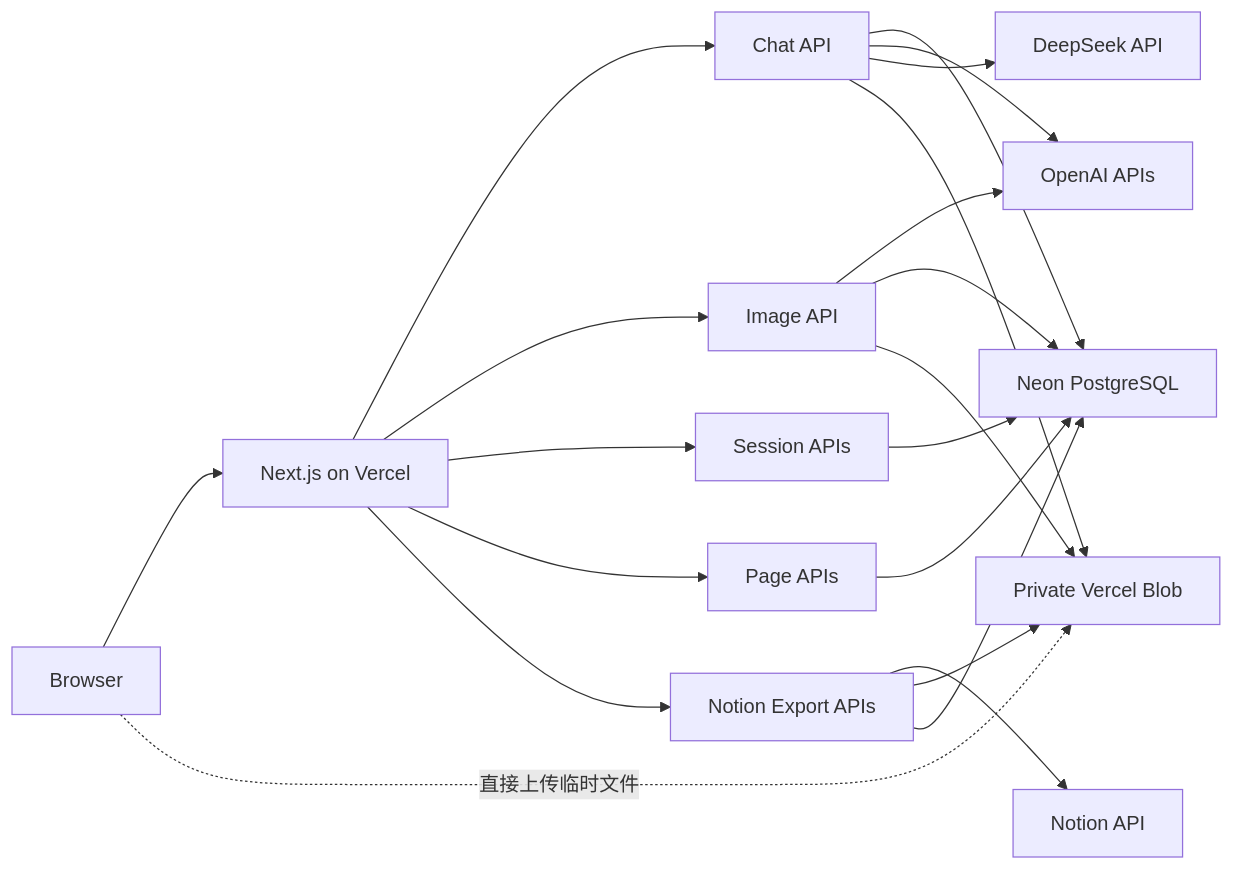
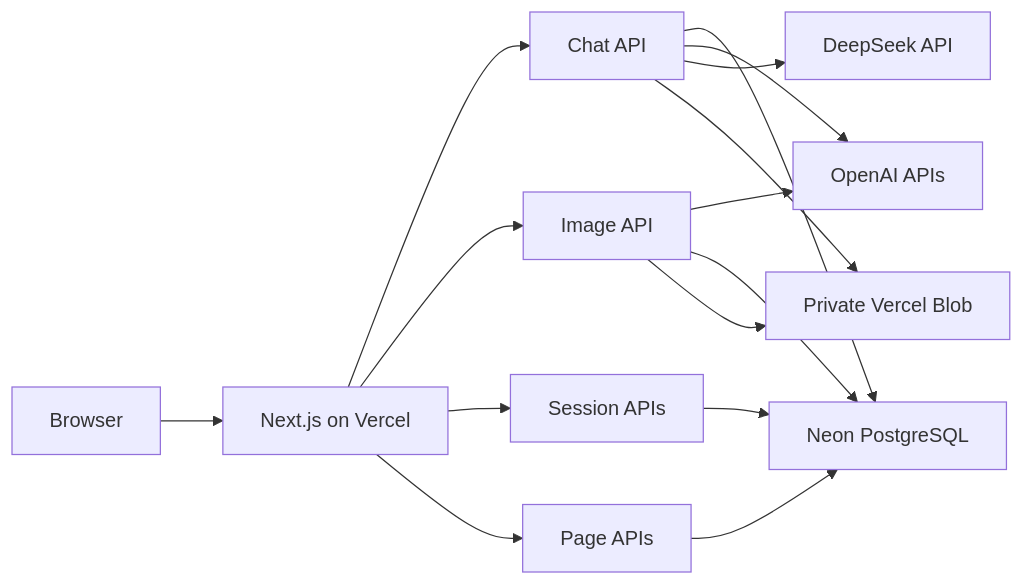
One commit to kakumine2001/NoteFable changed the diagram in docs/architecture/README.md. Above: the diagram before and after it, drawn with Mermaid. The commit also changed other lines of this file and 36 other files, not shown here.

First line of the commit message:
Remove the Notion export feature

````diff
--- a/docs/architecture/README.md
+++ b/docs/architecture/README.md
@@ -27,35 +26,28 @@
 ```mermaid
 flowchart LR
     Browser["Browser"]
     App["Next.js on Vercel"]
     Chat["Chat API"]
     Images["Image API"]
     Sessions["Session APIs"]
     Pages["Page APIs"]
-    NotionExport["Notion Export APIs"]
     Neon["Neon PostgreSQL"]
     Blob["Private Vercel Blob"]
     OpenAI["OpenAI APIs"]
     DeepSeek["DeepSeek API"]
-    Notion["Notion API"]
 
     Browser --> App
     App --> Chat
     App --> Images
     App --> Sessions
     App --> Pages
-    App --> NotionExport
-    Browser -.->|直接上传临时文件| Blob
     Chat --> Neon
     Chat --> OpenAI
     Chat --> DeepSeek
     Chat --> Blob
     Images --> OpenAI
     Images --> Neon
     Images --> Blob
     Sessions --> Neon
     Pages --> Neon
-    NotionExport --> Notion
-    NotionExport --> Blob
-    NotionExport --> Neon
 ```
````
